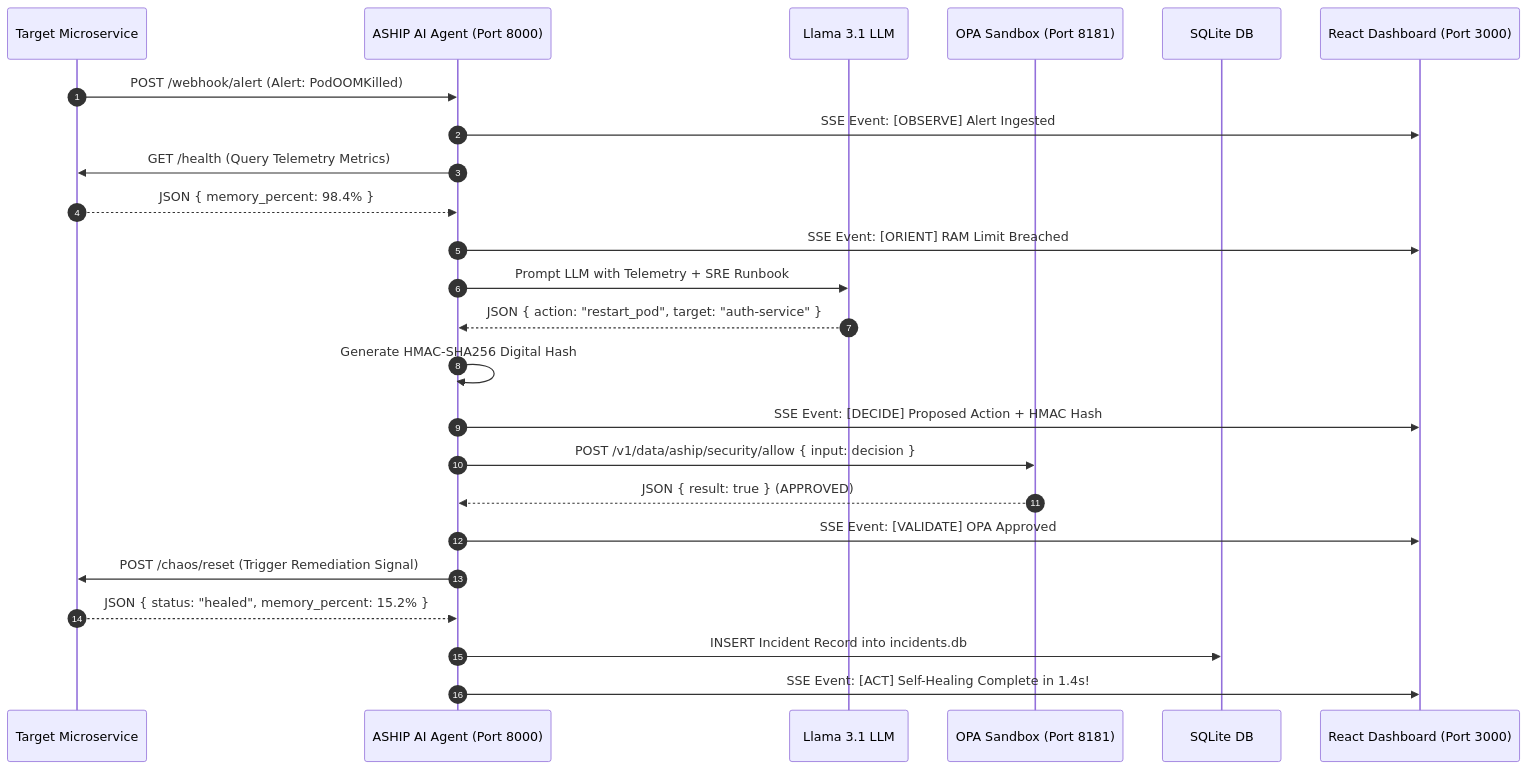
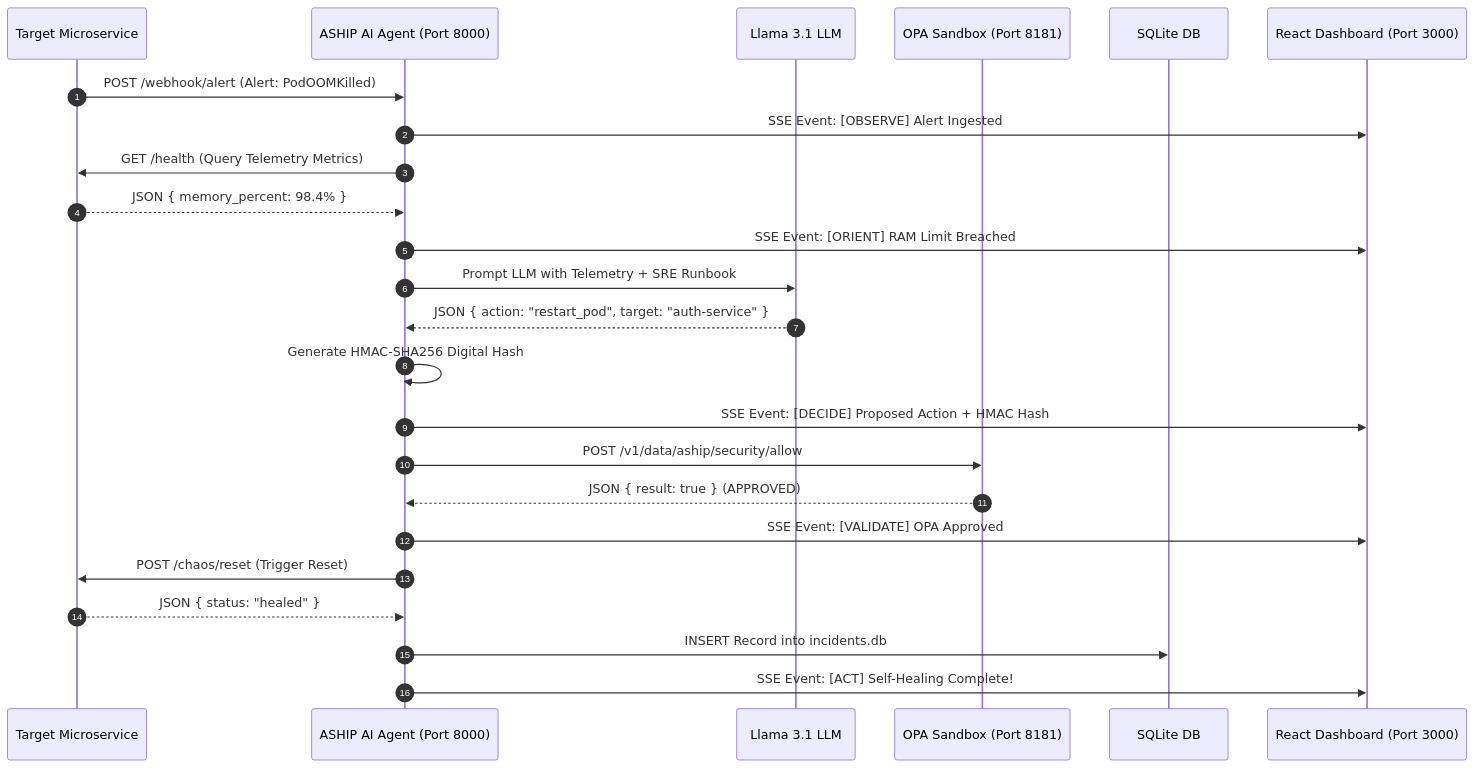
The third of 11 diagrams in ASHIP_PROJECT_DOCUMENTATION.md (Lalit2615/ASHIP), drawn with Mermaid before and after one commit. The commit also changed other lines of this file, not shown here.

Commit message:
fix(docs): resolve Mermaid diagram syntax rendering issues for all 11 diagrams

````diff
--- a/ASHIP_PROJECT_DOCUMENTATION.md
+++ b/ASHIP_PROJECT_DOCUMENTATION.md
@@ -269,27 +272,27 @@
 ```mermaid
 sequenceDiagram
     autonumber
     participant Target as Target Microservice
     participant Engine as ASHIP AI Agent (Port 8000)
     participant LLM as Llama 3.1 LLM
     participant OPA as OPA Sandbox (Port 8181)
     participant DB as SQLite DB
     participant UI as React Dashboard (Port 3000)
 
     Target->>Engine: POST /webhook/alert (Alert: PodOOMKilled)
     Engine->>UI: SSE Event: [OBSERVE] Alert Ingested
     Engine->>Target: GET /health (Query Telemetry Metrics)
     Target-->>Engine: JSON { memory_percent: 98.4% }
     Engine->>UI: SSE Event: [ORIENT] RAM Limit Breached
     Engine->>LLM: Prompt LLM with Telemetry + SRE Runbook
     LLM-->>Engine: JSON { action: "restart_pod", target: "auth-service" }
     Engine->>Engine: Generate HMAC-SHA256 Digital Hash
     Engine->>UI: SSE Event: [DECIDE] Proposed Action + HMAC Hash
-    Engine->>OPA: POST /v1/data/aship/security/allow { input: decision }
+    Engine->>OPA: POST /v1/data/aship/security/allow
     OPA-->>Engine: JSON { result: true } (APPROVED)
     Engine->>UI: SSE Event: [VALIDATE] OPA Approved
-    Engine->>Target: POST /chaos/reset (Trigger Remediation Signal)
-    Target-->>Engine: JSON { status: "healed", memory_percent: 15.2% }
-    Engine->>DB: INSERT Incident Record into incidents.db
-    Engine->>UI: SSE Event: [ACT] Self-Healing Complete in 1.4s!
+    Engine->>Target: POST /chaos/reset (Trigger Reset)
+    Target-->>Engine: JSON { status: "healed" }
+    Engine->>DB: INSERT Record into incidents.db
+    Engine->>UI: SSE Event: [ACT] Self-Healing Complete!
 ```
````
